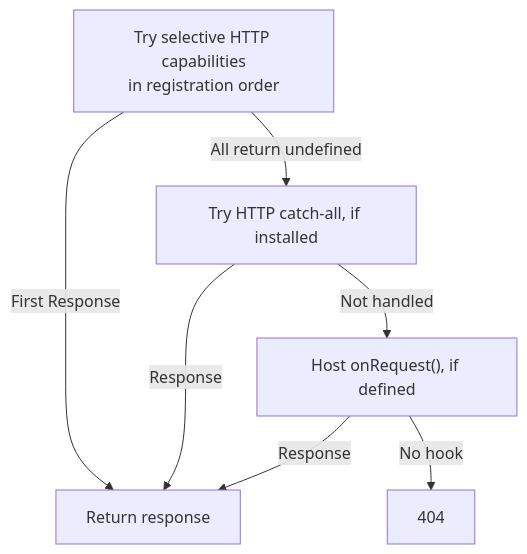
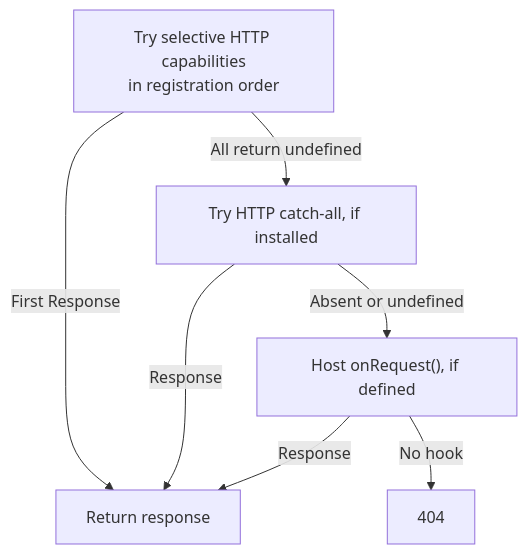
One commit to cloudflare/cloudflare-docs changed the second of 2 diagrams in src/content/docs/agents/runtime/lifecycle/index.mdx. Above: the diagram before and after it, drawn with Mermaid. The commit also changed other lines of this file and 2 other files, not shown here.

Commit message:
[Agents] Clarify verified diagram behavior

````diff
--- a/src/content/docs/agents/runtime/lifecycle/index.mdx
+++ b/src/content/docs/agents/runtime/lifecycle/index.mdx
@@ -173,11 +173,11 @@
 ```mermaid
 flowchart TB
-    accTitle: HTTP request dispatch after Lifecycle startup
-    accDescr: Selective HTTP capabilities run in registration order until one returns a Response. If none handles the request, the HTTP catch-all is tried, followed by the host onRequest hook. Without a host hook, the response is 404.
+    accTitle: Non-upgrade HTTP request dispatch after Lifecycle startup
+    accDescr: Selective HTTP capabilities run in registration order until one returns a Response. If none handles the request, the HTTP catch-all is tried. If it is absent or returns undefined, the host onRequest hook runs. Without a host hook, the response is 404.
     S["Try selective HTTP capabilities<br/>in registration order"] -->|"First Response"| R["Return response"]
     S -->|"All return undefined"| C["Try HTTP catch-all, if installed"]
     C -->|"Response"| R
-    C -->|"Not handled"| H["Host onRequest(), if defined"]
+    C -->|"Absent or undefined"| H["Host onRequest(), if defined"]
     H -->|"Response"| R
     H -->|"No hook"| N["404"]
 ```
````
